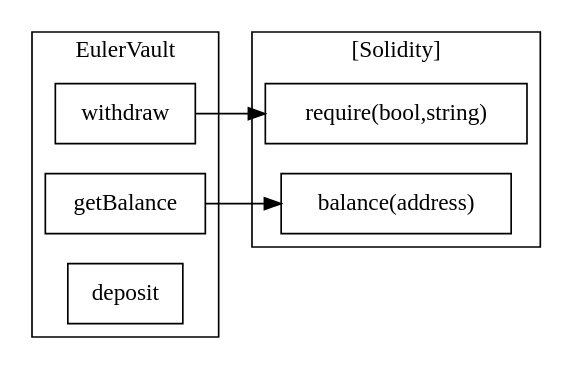
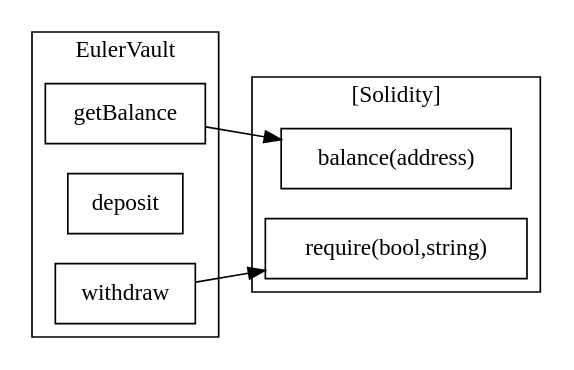
One commit to Mariussgal/OPEN-AGENTS-2026 changed the diagram in contracts/contracts/Vulnerable/EulerVault.sol.EulerVault.call-graph.dot. Above: the diagram before and after it, drawn with Graphviz. The commit also changed other lines of this file and 4 other files, not shown here.

```diff
--- a/contracts/contracts/Vulnerable/EulerVault.sol.EulerVault.call-graph.dot
+++ b/contracts/contracts/Vulnerable/EulerVault.sol.EulerVault.call-graph.dot
@@ -1,16 +1,16 @@
 strict digraph {
 rankdir="LR"
 node [shape=box]
 subgraph cluster_94_EulerVault {
 label = "EulerVault"
-"94_withdraw" [label="withdraw"]
 "94_getBalance" [label="getBalance"]
 "94_deposit" [label="deposit"]
+"94_withdraw" [label="withdraw"]
 }subgraph cluster_solidity {
 label = "[Solidity]"
 "require(bool,string)" 
 "balance(address)" 
 "94_withdraw" -> "require(bool,string)"
 "94_getBalance" -> "balance(address)"
 }
 }
```
